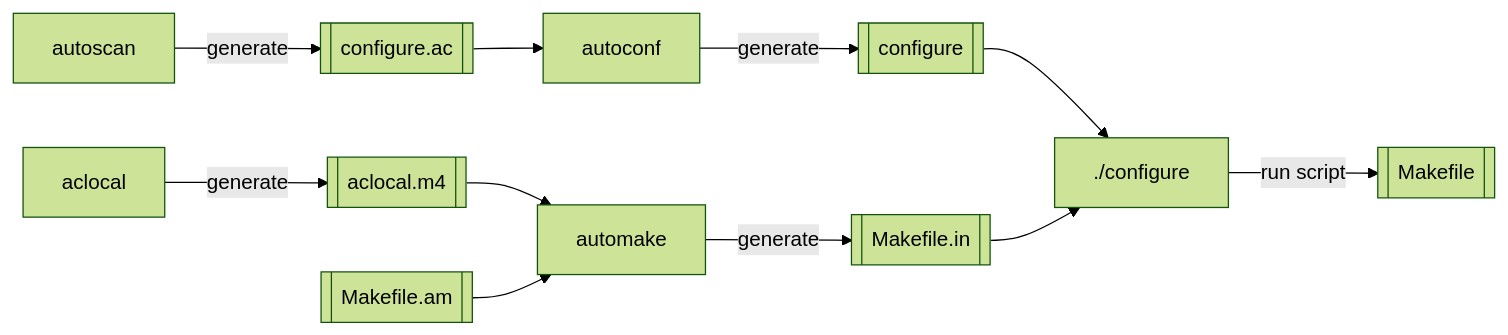
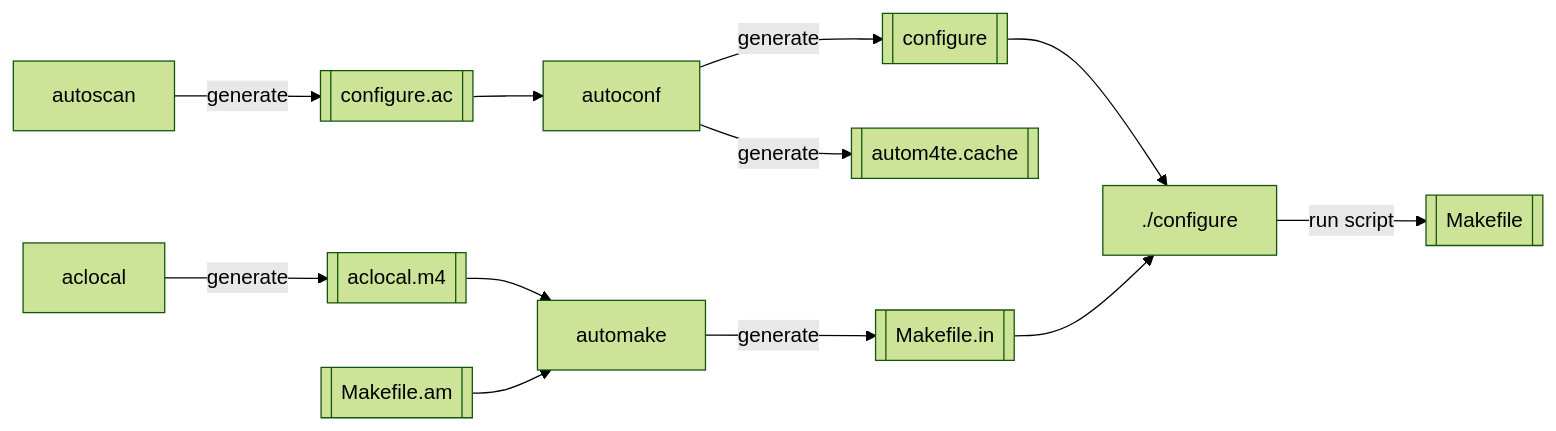
One commit to jihoony/TestPrivatePages changed the diagram in C,C++/autotool 사용법.md. Above: the diagram before and after it, drawn with Mermaid (forest theme).

Commit message:
flow sequence 수정

````diff
--- a/C,C++/autotool 사용법.md
+++ b/C,C++/autotool 사용법.md
@@ -5,19 +5,19 @@
 ```mermaid
 flowchart LR
 	
 autoscan --generate--> configure.ac[[configure.ac]]
 configure.ac --> autoconf
 autoconf --generate--> configure[[configure]]
+autoconf --generate--> autom4te.cache[[autom4te.cache]]
 
 aclocal --generate--> aclocal.m4[[aclocal.m4]]
 
 aclocal.m4 --> automake
 Makefile.am[[Makefile.am]] --> automake
 automake --generate--> Makefile.in[[Makefile.in]]
 
 configure --> ./configure
-
 Makefile.in --> ./configure
 
 ./configure --run script--> Makefile[[Makefile]]
 ```
````
